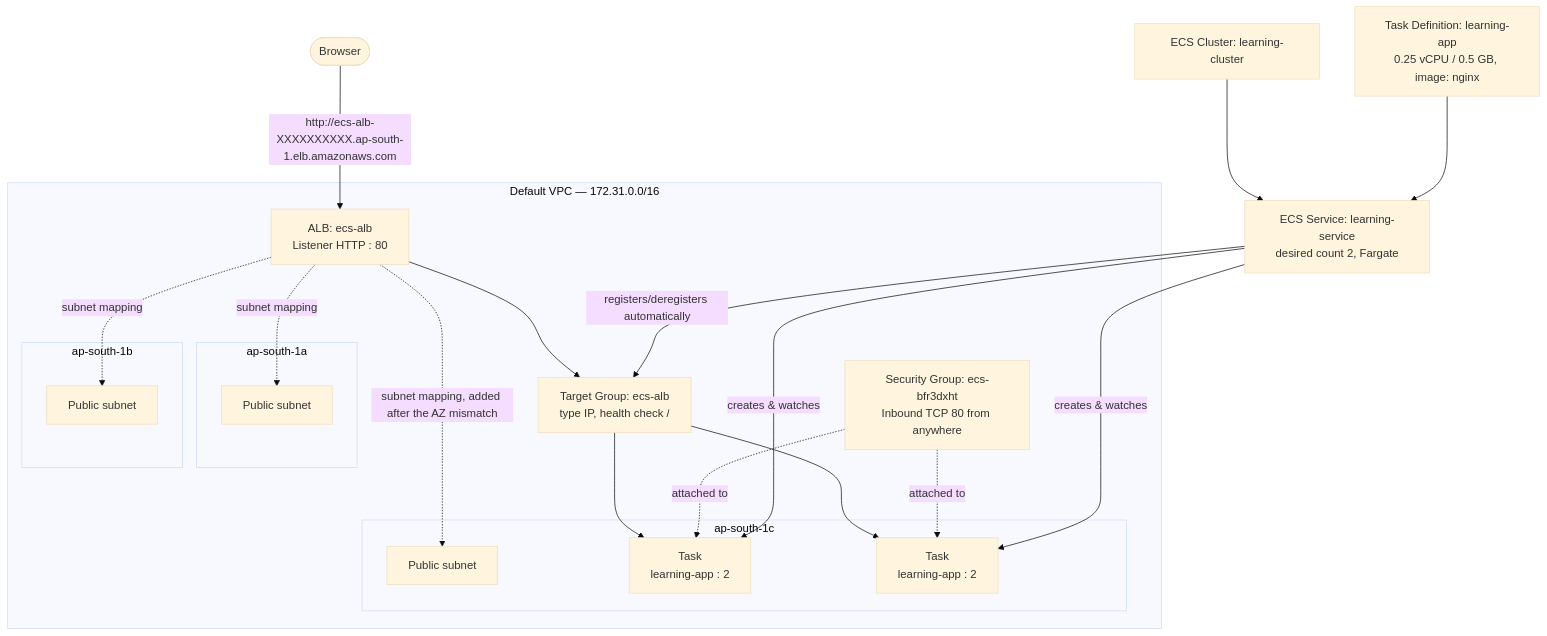
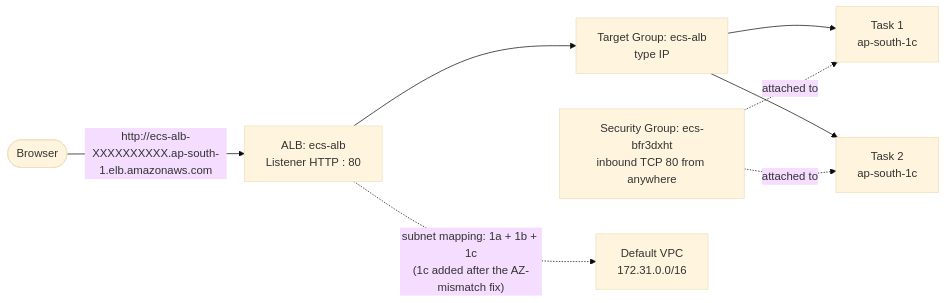
One commit to Fahad-Md-Kamal/DevOps-Roadmap changed the third of 3 diagrams in docs/containers.md. Above: the diagram before and after it, drawn with Mermaid (base theme). The commit also changed other lines of this file, not shown here.

Commit message:
Split the dense "What we actually built" ECS diagram into two smaller ones
The combined diagram (cluster/task-def/service + 3 AZ subgraphs + ALB/target-group/security-group all in one) was too cramped to read even after the width CSS fix. Split into an LR "ECS control plane" diagram and an LR "networking" diagram, each small enough to actually read at content-column width.

````diff
--- a/docs/containers.md
+++ b/docs/containers.md
@@ -116,35 +132,10 @@
 ``` mermaid
-flowchart TD
-    Users(["Browser"]) -->|"http://ecs-alb-XXXXXXXXXX.ap-south-1.elb.amazonaws.com"| ALB
-
-    subgraph VPC["Default VPC — 172.31.0.0/16"]
-        ALB["ALB: ecs-alb<br/>Listener HTTP : 80"]
-        ALB --> TG["Target Group: ecs-alb<br/>type IP, health check /"]
-
-        subgraph AZa["ap-south-1a"]
-            SubA["Public subnet"]
-        end
-        subgraph AZb["ap-south-1b"]
-            SubB["Public subnet"]
-        end
-        subgraph AZc["ap-south-1c"]
-            SubC["Public subnet"]
-            Task1["Task<br/>learning-app : 2"]
-            Task2["Task<br/>learning-app : 2"]
-        end
-
-        ALB -.->|"subnet mapping"| SubA
-        ALB -.->|"subnet mapping"| SubB
-        ALB -.->|"subnet mapping, added after the AZ mismatch"| SubC
-        TG --> Task1
-        TG --> Task2
-        SG["Security Group: ecs-bfr3dxht<br/>Inbound TCP 80 from anywhere"] -.->|attached to| Task1
-        SG -.->|attached to| Task2
-    end
-
-    Cluster["ECS Cluster: learning-cluster"] --> Service["ECS Service: learning-service<br/>desired count 2, Fargate"]
-    TaskDef["Task Definition: learning-app<br/>0.25 vCPU / 0.5 GB, image: nginx"] --> Service
-    Service -->|"creates & watches"| Task1
-    Service -->|"creates & watches"| Task2
-    Service -->|"registers/deregisters automatically"| TG
+flowchart LR
+    Users(["Browser"]) -->|"http://ecs-alb-XXXXXXXXXX.ap-south-1.elb.amazonaws.com"| ALB["ALB: ecs-alb<br/>Listener HTTP : 80"]
+    ALB --> TG["Target Group: ecs-alb<br/>type IP"]
+    TG --> Task1["Task 1<br/>ap-south-1c"]
+    TG --> Task2["Task 2<br/>ap-south-1c"]
+    SG["Security Group: ecs-bfr3dxht<br/>inbound TCP 80 from anywhere"] -.->|attached to| Task1
+    SG -.->|attached to| Task2
+    ALB -.->|"subnet mapping: 1a + 1b + 1c<br/>(1c added after the AZ-mismatch fix)"| VPC["Default VPC<br/>172.31.0.0/16"]
 ```
````
